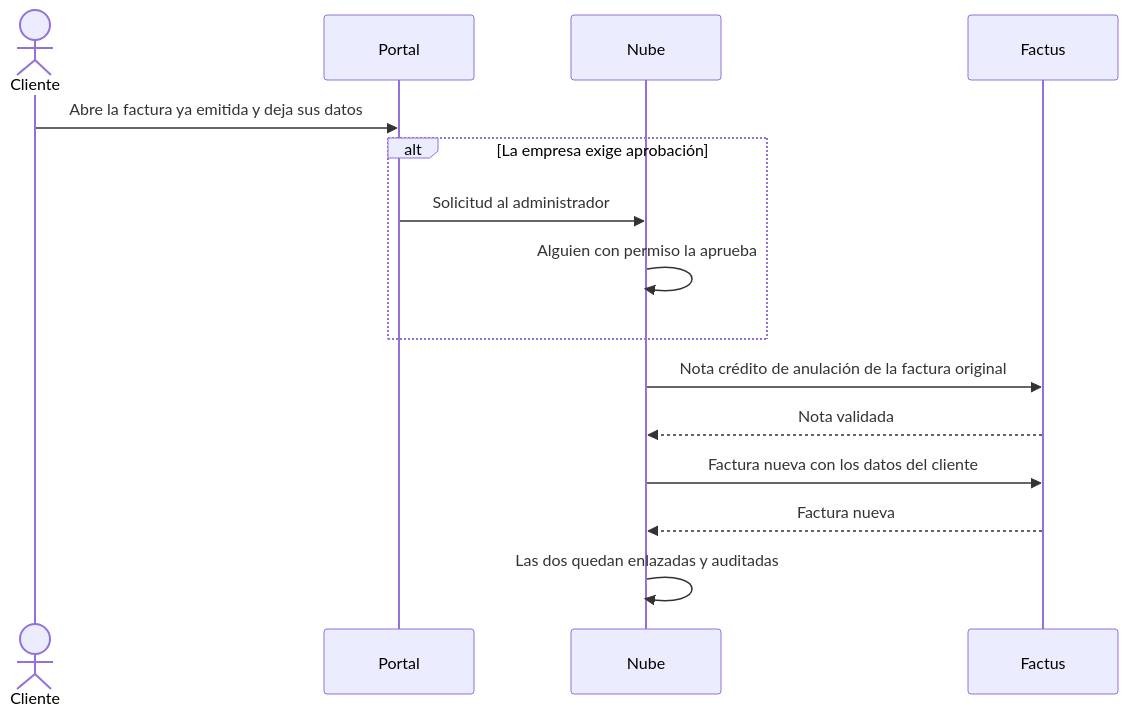
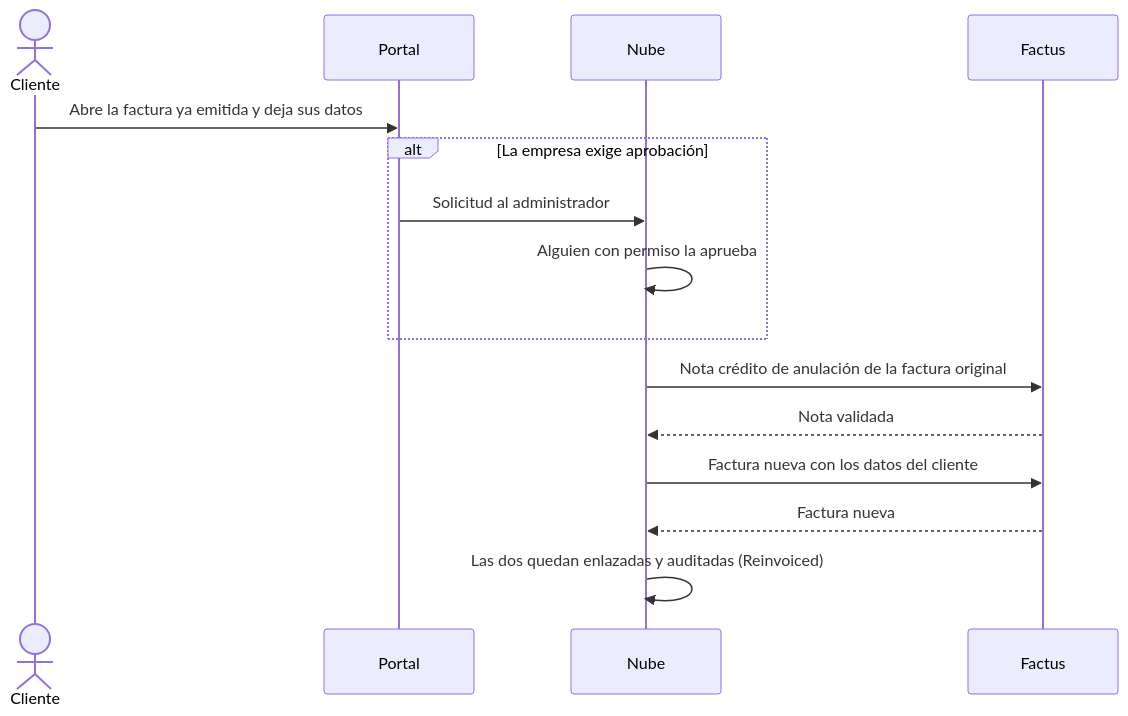
The fourth of 5 diagrams in docs/flujos/m3-facturacion.md (CesarJOtizM/blackHole), drawn with Mermaid before and after one commit. The commit also changed other lines of this file and 159 other files, not shown here.

````diff
--- a/docs/flujos/m3-facturacion.md
+++ b/docs/flujos/m3-facturacion.md
@@ -99,18 +98,18 @@
 ```mermaid
 sequenceDiagram
   actor Cliente
   participant Portal
   participant Nube
   participant Factus
 
   Cliente->>Portal: Abre la factura ya emitida y deja sus datos
   alt La empresa exige aprobación
     Portal->>Nube: Solicitud al administrador
     Nube->>Nube: Alguien con permiso la aprueba
   end
   Nube->>Factus: Nota crédito de anulación de la factura original
   Factus-->>Nube: Nota validada
   Nube->>Factus: Factura nueva con los datos del cliente
   Factus-->>Nube: Factura nueva
-  Nube->>Nube: Las dos quedan enlazadas y auditadas
+  Nube->>Nube: Las dos quedan enlazadas y auditadas (Reinvoiced)
 ```
````
